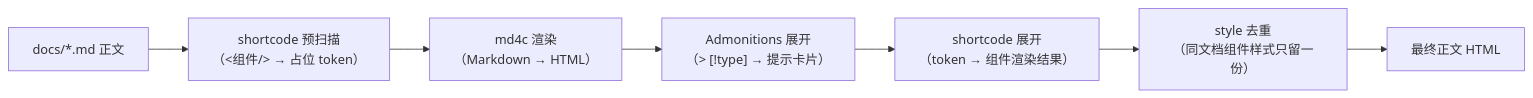
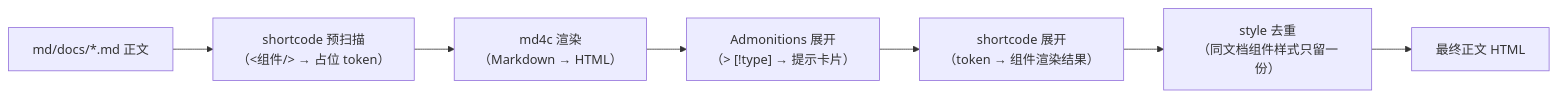
One commit to Cnkrru/Cdocs changed the diagram in md/docs/generator/render.md. Above: the diagram before and after it, drawn with Mermaid. The commit also changed other lines of this file and 19 other files, not shown here.

First line of the commit message:
docs: 按当前实现全面更新文档站 + 修复 config schema 校验遗漏 + 重建发布包

````diff
--- a/md/docs/generator/render.md
+++ b/md/docs/generator/render.md
@@ -7,9 +7,9 @@
 ```mermaid
 flowchart LR
-  MD["docs/*.md 正文"] --> P1["shortcode 预扫描<br/>（<组件/> → 占位 token）"]
+  MD["md/docs/*.md 正文"] --> P1["shortcode 预扫描<br/>（<组件/> → 占位 token）"]
   P1 --> P2["md4c 渲染<br/>（Markdown → HTML）"]
   P2 --> P3["Admonitions 展开<br/>（&gt; [!type] → 提示卡片）"]
   P3 --> P4["shortcode 展开<br/>（token → 组件渲染结果）"]
   P4 --> P5["style 去重<br/>（同文档组件样式只留一份）"]
   P5 --> OUT["最终正文 HTML"]
 ```
````
